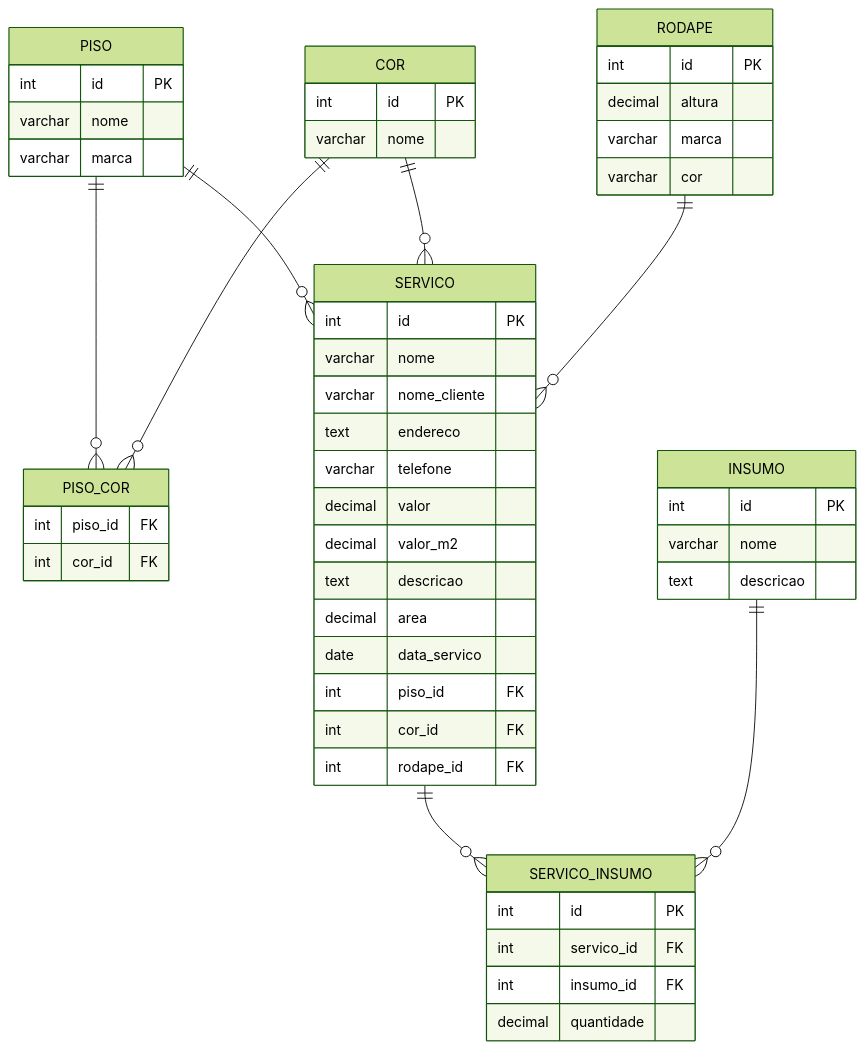
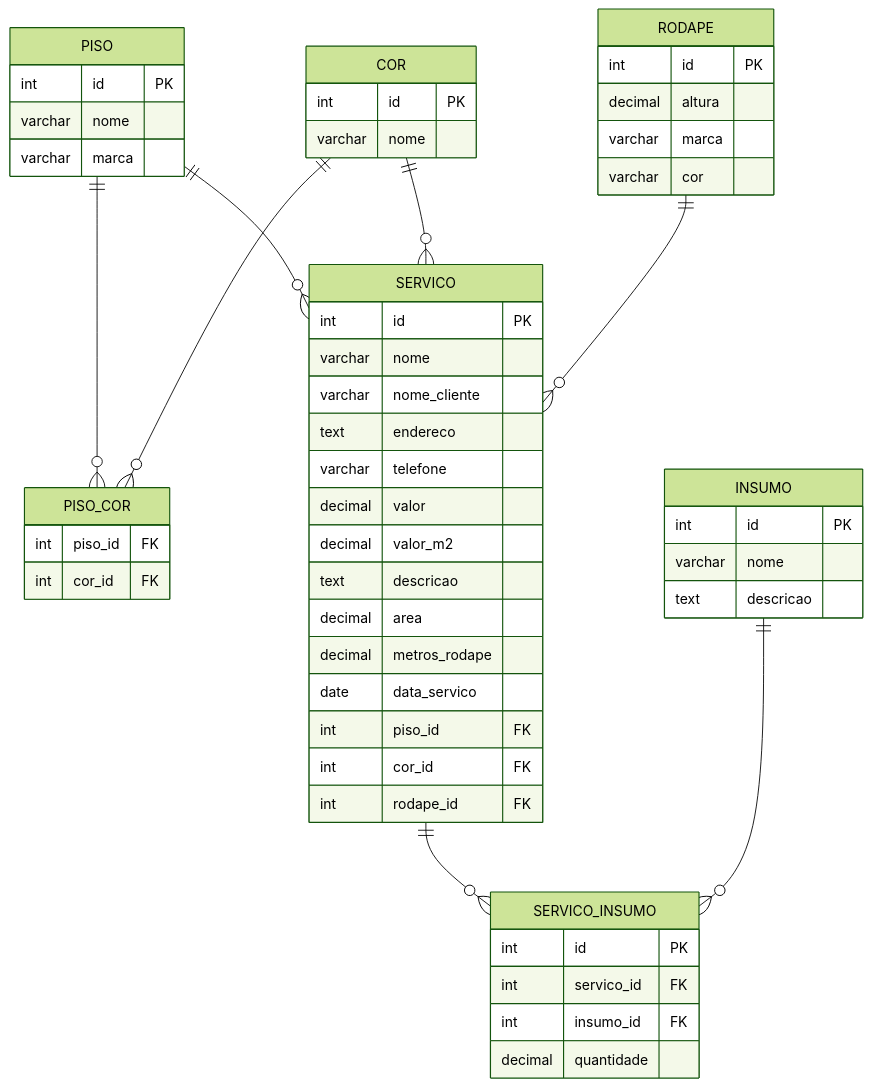
The diagram in README.md (BrunoValcarenghi/Edis-Pisos-Gerenciar-Clientes), drawn with Mermaid (forest theme) before and after one commit. The commit also changed other lines of this file and 3 other files, not shown here.

````diff
--- a/README.md
+++ b/README.md
@@ -82,64 +83,65 @@
 ```mermaid
    erDiagram
     PISO {
         int id PK
         varchar nome
         varchar marca
     }
 
     COR {
         int id PK
         varchar nome
     }
 
     PISO_COR {
         int piso_id FK
         int cor_id FK
     }
 
     RODAPE {
         int id PK
         decimal altura
         varchar marca
         varchar cor
     }
 
     INSUMO {
         int id PK
         varchar nome
         text descricao
     }
 
     SERVICO {
         int id PK
         varchar nome
         varchar nome_cliente
         text endereco
         varchar telefone
         decimal valor
         decimal valor_m2
         text descricao
         decimal area
+        decimal metros_rodape
         date data_servico
         int piso_id FK
         int cor_id FK
         int rodape_id FK
     }
 
     SERVICO_INSUMO {
         int id PK
         int servico_id FK
         int insumo_id FK
         decimal quantidade
     }
 
     PISO ||--o{ PISO_COR : ""
     COR ||--o{ PISO_COR : ""
     
     PISO ||--o{ SERVICO : ""
     COR ||--o{ SERVICO : ""
     RODAPE ||--o{ SERVICO : ""
     
     SERVICO ||--o{ SERVICO_INSUMO : ""
     INSUMO ||--o{ SERVICO_INSUMO : ""
 ```
````
